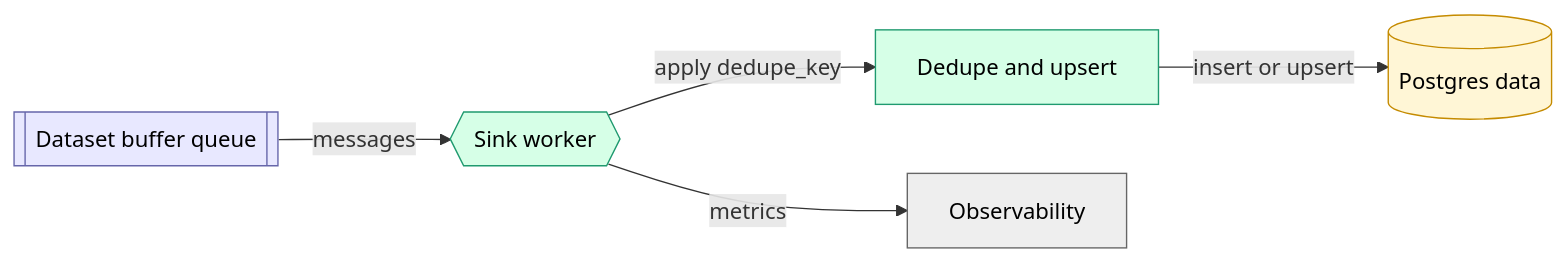
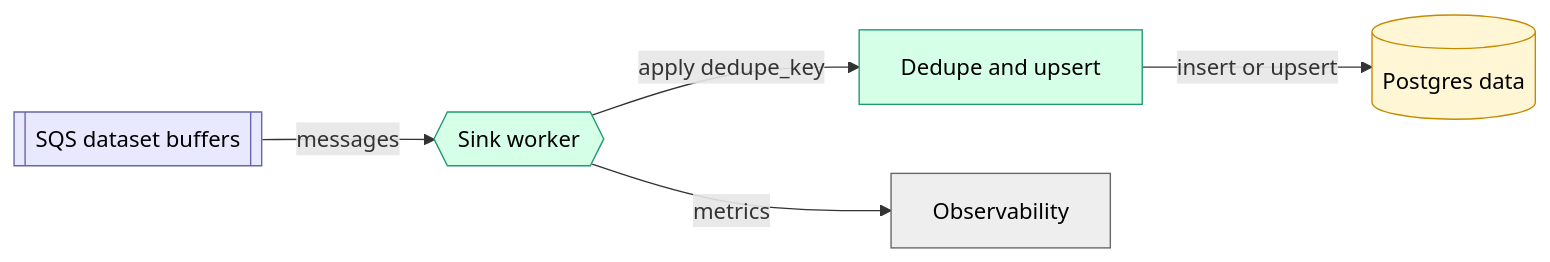
The diagram in docs/architecture/containers/dataset_sinks.md (c7121/trace), drawn with Mermaid before and after one commit. The commit also changed 4 other files, not shown here.

````diff
--- a/docs/architecture/containers/dataset_sinks.md
+++ b/docs/architecture/containers/dataset_sinks.md
@@ -22,18 +22,18 @@
 ```mermaid
 flowchart LR
-    buffer[[Dataset buffer queue]]:::infra
+    buffer[[SQS dataset buffers]]:::infra
     sink{{Sink worker}}:::component
     writer["Dedupe and upsert"]:::component
     pg[(Postgres data)]:::database
     obs[Observability]:::ext
 
     buffer -->|messages| sink
     sink -->|apply dedupe_key| writer
     writer -->|insert or upsert| pg
     sink -->|metrics| obs
 
     classDef component fill:#d6ffe7,stroke:#1f9a6f,color:#000;
     classDef database fill:#fff6d6,stroke:#c58b00,color:#000;
     classDef infra fill:#e8e8ff,stroke:#6666aa,color:#000;
     classDef ext fill:#eee,stroke:#666,color:#000;
 ```
````
